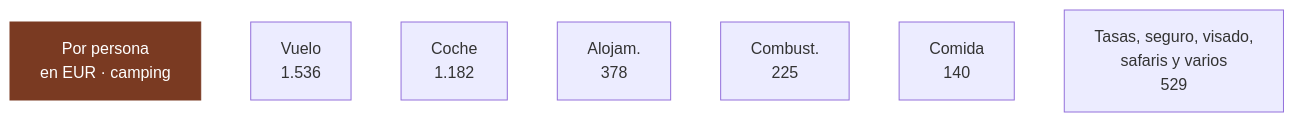
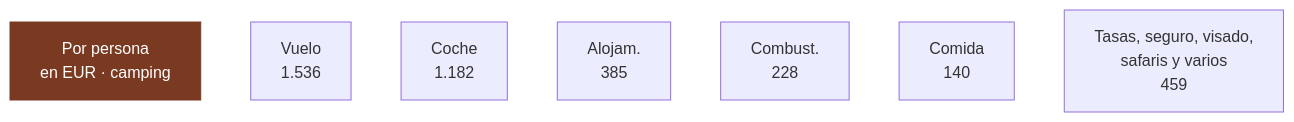
Before and after one commit to morandeirachema/namibia: the seventh of 8 diagrams in 02-presupuesto.md, drawn with Mermaid. The commit also changed other lines of this file and 44 other files, not shown here.

````diff
--- a/02-presupuesto.md
+++ b/02-presupuesto.md
@@ -598,17 +636,17 @@
 ```mermaid
 flowchart LR
     T["Por persona<br/>en EUR · camping"]
     n0["Vuelo<br/>1.536"]
     n1["Coche<br/>1.182"]
-    n2["Alojam.<br/>378"]
-    n3["Combust.<br/>225"]
+    n2["Alojam.<br/>385"]
+    n3["Combust.<br/>228"]
     n4["Comida<br/>140"]
-    n5["Tasas, seguro, visado,<br/>safaris y varios<br/>529"]
+    n5["Tasas, seguro, visado,<br/>safaris y varios<br/>459"]
     T ~~~ n0
     n0 ~~~ n1
     n1 ~~~ n2
     n2 ~~~ n3
     n3 ~~~ n4
     n4 ~~~ n5
     style T fill:#7a3a22,color:#fff,stroke:#7a3a22
 ```
````
